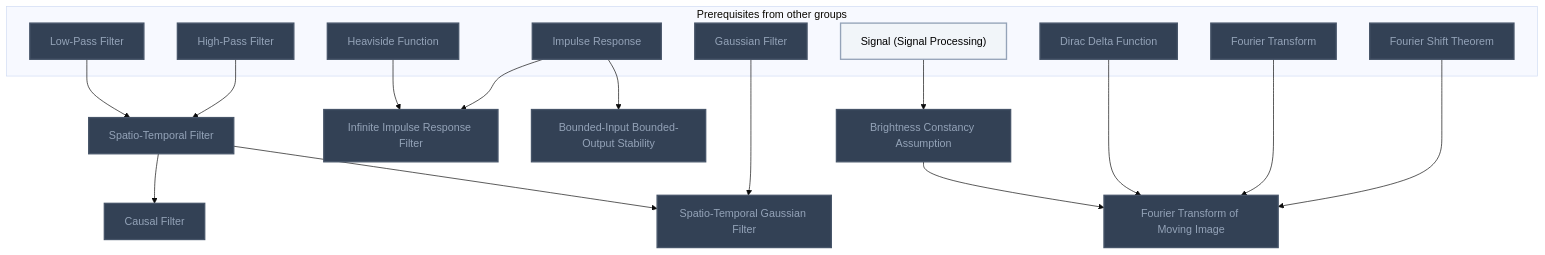
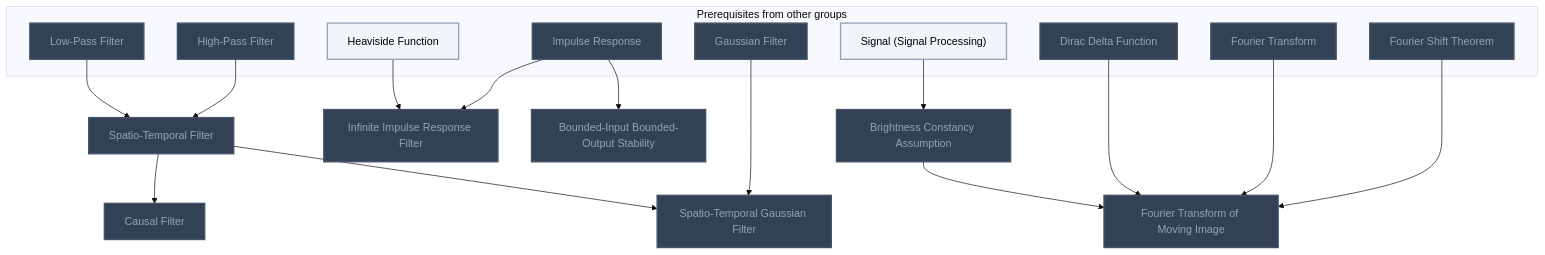
One commit to MRauf1/My-Notes changed the eighth of 11 diagrams in Gamification/Skill Trees/Computer Vision.md. Above: the diagram before and after it, drawn with Mermaid (base theme). The commit also changed other lines of this file and 156 other files, not shown here.

````diff
--- a/Gamification/Skill Trees/Computer Vision.md
+++ b/Gamification/Skill Trees/Computer Vision.md
@@ -415,46 +421,46 @@
 ```mermaid
 flowchart TD
     classDef planned fill:#1E293B,stroke:#64748B,stroke-width:2px,stroke-dasharray:5 5,color:#94A3B8;
     classDef locked fill:#334155,stroke:#475569,stroke-width:2px,color:#94A3B8;
     classDef L0 fill:#F1F5F9,stroke:#94A3B8,stroke-width:2px,color:#000000;
     classDef L1 fill:#22C55E,stroke:#15803D,stroke-width:2px,color:#000000;
     classDef L2 fill:#3B82F6,stroke:#1D4ED8,stroke-width:3px,color:#FFFFFF;
     classDef L3 fill:#A855F7,stroke:#6B21A8,stroke-width:3px,color:#FFFFFF,font-weight:bold;
     classDef L4 fill:#F97316,stroke:#C2410C,stroke-width:4px,color:#000000,font-weight:bold;
     classDef L5 fill:#FFD700,stroke:#FF8C00,stroke-width:5px,color:#000000,font-weight:bold;
     classDef rusty stroke:#8B4513,stroke-width:4px,stroke-dasharray:3 3;
     subgraph sg_prereqs["Prerequisites from other groups"]
         n_low_pass_filter["Low-Pass Filter"]
         n_high_pass_filter["High-Pass Filter"]
         n_heaviside_function["Heaviside Function"]
         n_impulse_response["Impulse Response"]
         n_gaussian_filter["Gaussian Filter"]
         n_signal_signal_processing["Signal (Signal Processing)"]
         n_dirac_delta_function["Dirac Delta Function"]
         n_fourier_transform["Fourier Transform"]
         n_fourier_shift_theorem["Fourier Shift Theorem"]
     end
     n_spatio_temporal_filter["Spatio-Temporal Filter"]
     n_causal_filter["Causal Filter"]
     n_infinite_impulse_response_filter["Infinite Impulse Response Filter"]
     n_bounded_input_bounded_output_stability["Bounded-Input Bounded-Output Stability"]
     n_spatio_temporal_gaussian_filter["Spatio-Temporal Gaussian Filter"]
     n_brightness_constancy_assumption["Brightness Constancy Assumption"]
     n_fourier_transform_of_moving_image["Fourier Transform of Moving Image"]
     n_low_pass_filter --> n_spatio_temporal_filter
     n_high_pass_filter --> n_spatio_temporal_filter
     n_spatio_temporal_filter --> n_causal_filter
     n_heaviside_function --> n_infinite_impulse_response_filter
     n_impulse_response --> n_infinite_impulse_response_filter
     n_impulse_response --> n_bounded_input_bounded_output_stability
     n_gaussian_filter --> n_spatio_temporal_gaussian_filter
     n_spatio_temporal_filter --> n_spatio_temporal_gaussian_filter
     n_signal_signal_processing --> n_brightness_constancy_assumption
     n_dirac_delta_function --> n_fourier_transform_of_moving_image
     n_fourier_transform --> n_fourier_transform_of_moving_image
     n_fourier_shift_theorem --> n_fourier_transform_of_moving_image
     n_brightness_constancy_assumption --> n_fourier_transform_of_moving_image
-    class n_low_pass_filter,n_high_pass_filter,n_heaviside_function,n_impulse_response,n_gaussian_filter,n_dirac_delta_function,n_fourier_transform,n_fourier_shift_theorem,n_spatio_temporal_filter,n_causal_filter,n_infinite_impulse_response_filter,n_bounded_input_bounded_output_stability,n_spatio_temporal_gaussian_filter,n_brightness_constancy_assumption,n_fourier_transform_of_moving_image locked;
-    class n_signal_signal_processing L0;
+    class n_low_pass_filter,n_high_pass_filter,n_impulse_response,n_gaussian_filter,n_dirac_delta_function,n_fourier_transform,n_fourier_shift_theorem,n_spatio_temporal_filter,n_causal_filter,n_infinite_impulse_response_filter,n_bounded_input_bounded_output_stability,n_spatio_temporal_gaussian_filter,n_brightness_constancy_assumption,n_fourier_transform_of_moving_image locked;
+    class n_heaviside_function,n_signal_signal_processing L0;
     class n_low_pass_filter,n_high_pass_filter,n_heaviside_function,n_impulse_response,n_gaussian_filter,n_signal_signal_processing,n_dirac_delta_function,n_fourier_transform,n_fourier_shift_theorem,n_spatio_temporal_filter,n_causal_filter,n_infinite_impulse_response_filter,n_bounded_input_bounded_output_stability,n_spatio_temporal_gaussian_filter,n_brightness_constancy_assumption,n_fourier_transform_of_moving_image internal-link;
 ```
````
